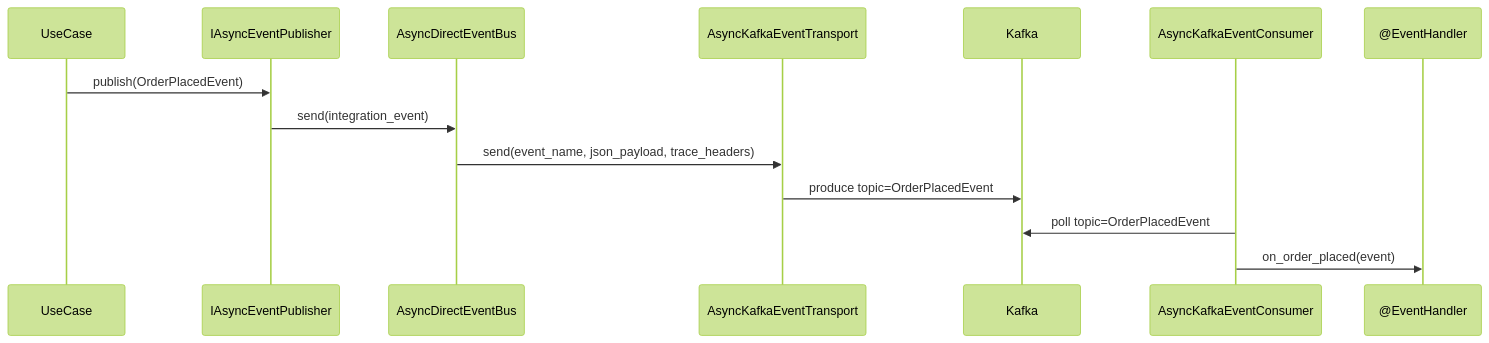
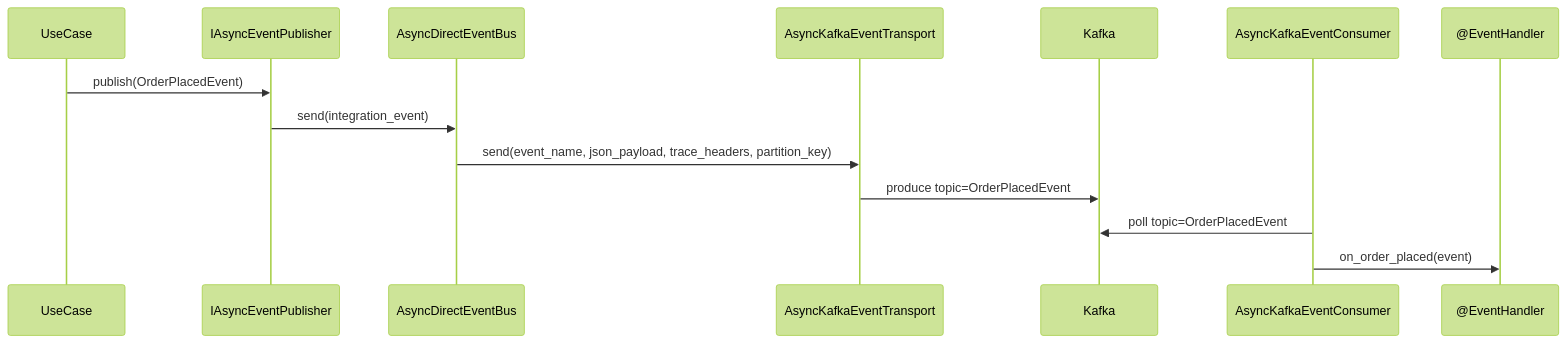
The diagram in docs/guides/kafka.md (E5presso/spakky-framework), drawn with Mermaid (forest theme) before and after one commit. The commit also changed other lines of this file and 32 other files, not shown here.

First line of the commit message:
feat(domain,event,outbox,kafka,sqlalchemy): route integration event partition key to broker (#492)

````diff
--- a/docs/guides/kafka.md
+++ b/docs/guides/kafka.md
@@ -123,17 +161,17 @@
 ```mermaid
 sequenceDiagram
     participant UseCase
     participant Publisher as IAsyncEventPublisher
     participant Bus as AsyncDirectEventBus
     participant Transport as AsyncKafkaEventTransport
     participant Broker as Kafka
     participant Consumer as AsyncKafkaEventConsumer
     participant Handler as @EventHandler
 
     UseCase->>Publisher: publish(OrderPlacedEvent)
     Publisher->>Bus: send(integration_event)
-    Bus->>Transport: send(event_name, json_payload, trace_headers)
+    Bus->>Transport: send(event_name, json_payload, trace_headers, partition_key)
     Transport->>Broker: produce topic=OrderPlacedEvent
     Consumer->>Broker: poll topic=OrderPlacedEvent
     Consumer->>Handler: on_order_placed(event)
 ```
````
